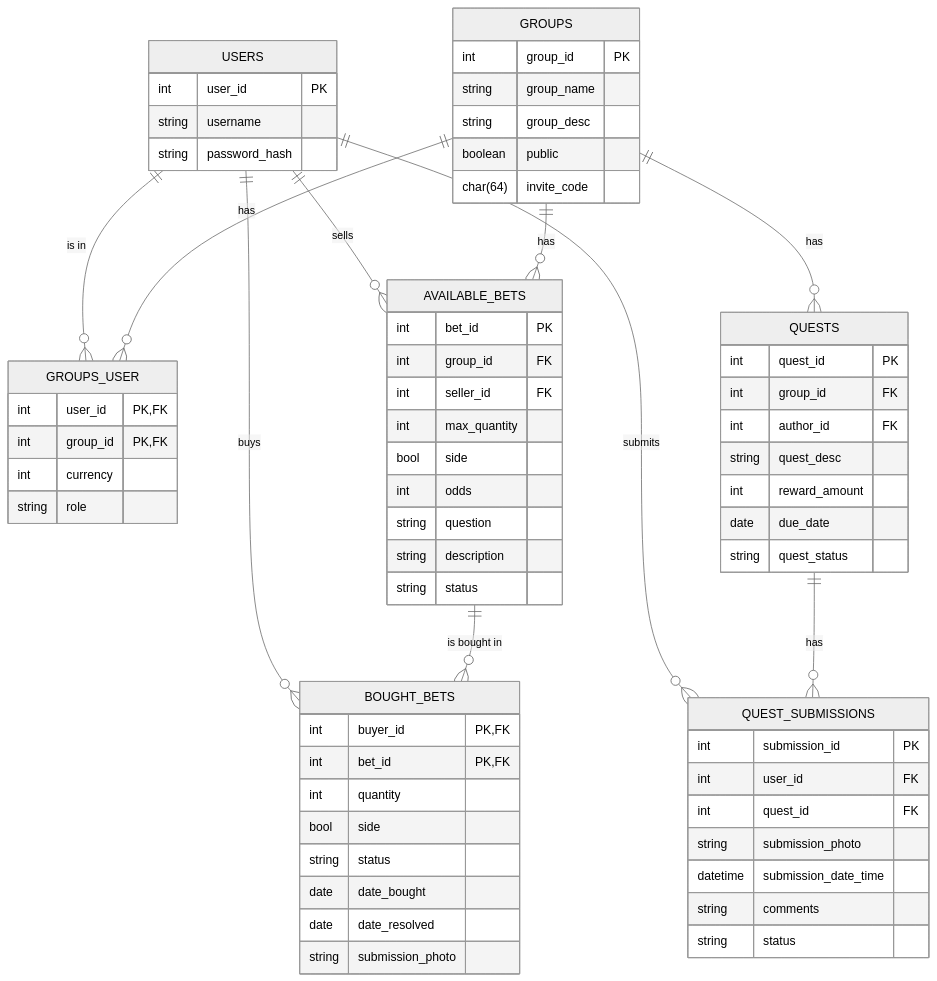
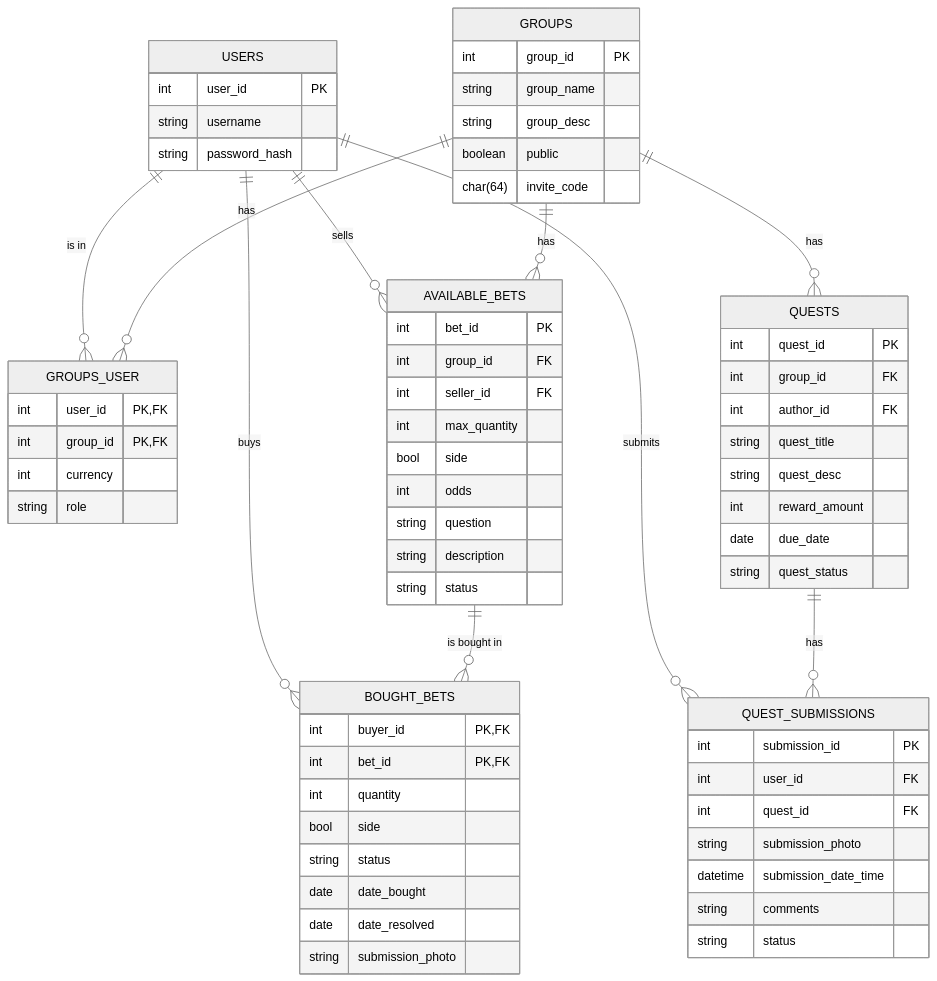
The diagram in docs/erd.md (jdolak/sidequest), drawn with Mermaid (neutral theme) before and after one commit.

````diff
--- a/docs/erd.md
+++ b/docs/erd.md
@@ -1,77 +1,78 @@
 ```mermaid
 erDiagram
     USERS {
         int user_id PK
         string username
         string password_hash
     }
 
     GROUPS {
         int group_id PK
         string group_name
         string group_desc
         boolean public
         char(64) invite_code
     }
 
     GROUPS_USER {
         int user_id PK,FK
         int group_id PK,FK
         int currency
         string role
     }
 
     AVAILABLE_BETS {
         int bet_id PK
         int group_id FK
         int seller_id FK
         int max_quantity
         bool side
         int odds
         string question
         string description
         string status
     }
 
     BOUGHT_BETS {
         int buyer_id PK,FK
         int bet_id PK,FK
         int quantity
         bool side
         string status
         date date_bought
         date date_resolved
         string submission_photo
     }
 
     QUESTS {
         int quest_id PK
         int group_id FK
         int author_id FK
+        string quest_title
         string quest_desc
         int reward_amount
         date due_date
         string quest_status
     }
 
     QUEST_SUBMISSIONS {
         int submission_id PK
         int user_id FK
         int quest_id FK
         string submission_photo
         datetime submission_date_time
         string comments
         string status
     }
 
     USERS ||--o{ GROUPS_USER : "is in"
     GROUPS ||--o{ GROUPS_USER : "has"
     USERS ||--o{ AVAILABLE_BETS : "sells"
     GROUPS ||--o{ AVAILABLE_BETS : "has"
     USERS ||--o{ BOUGHT_BETS : "buys"
     AVAILABLE_BETS ||--o{ BOUGHT_BETS : "is bought in"
     GROUPS ||--o{ QUESTS : "has"
     USERS ||--o{ QUEST_SUBMISSIONS : "submits"
     QUESTS ||--o{ QUEST_SUBMISSIONS : "has"
 
 ```
````
